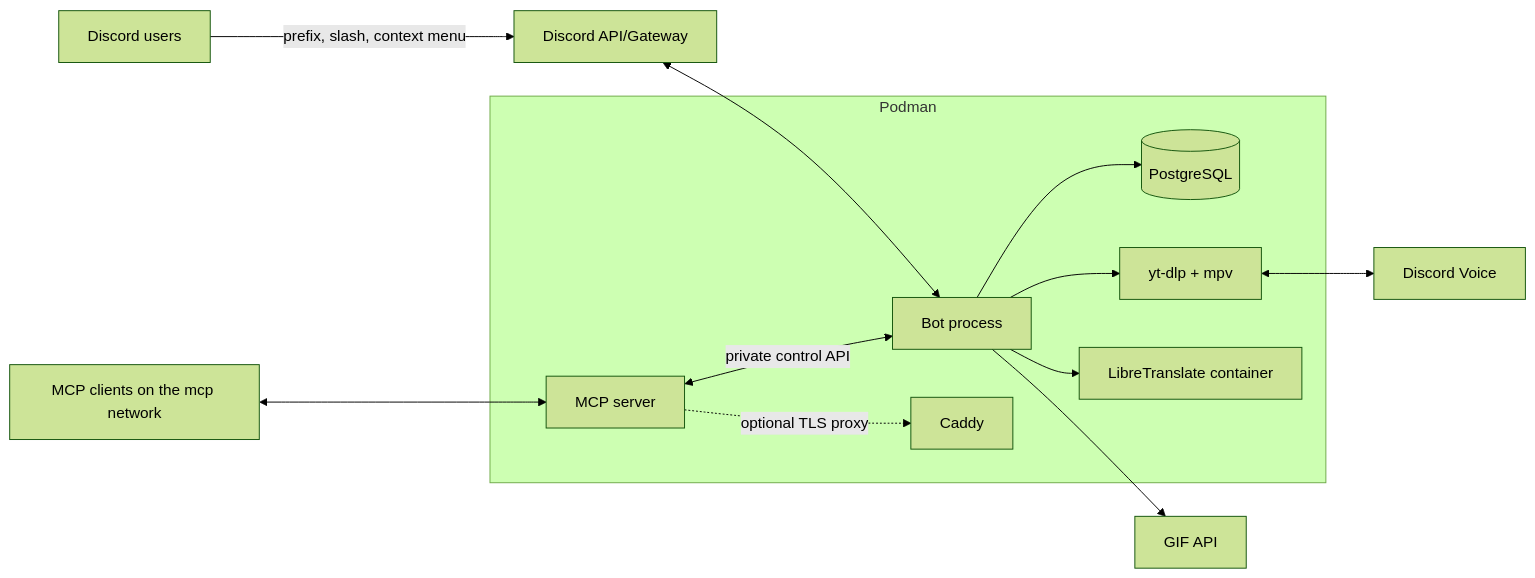
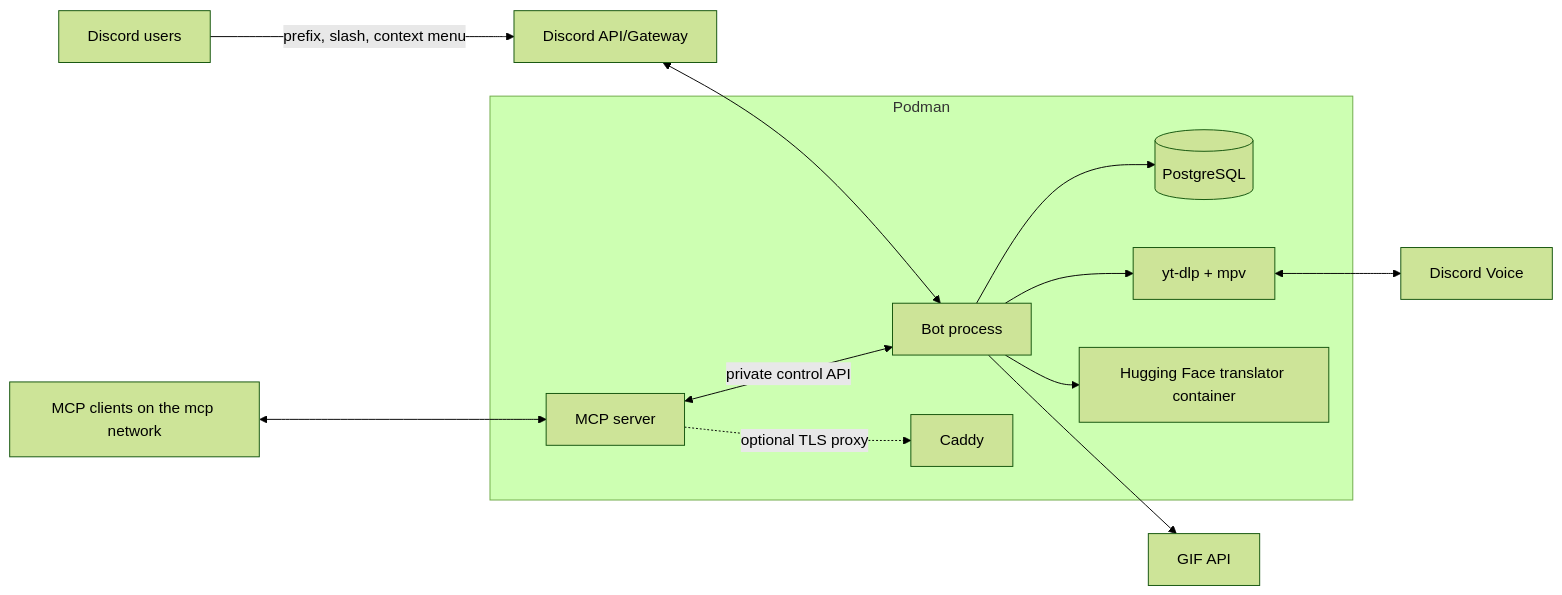
One commit to DeathSurfing/siela-bot changed the first of 2 diagrams in docs/PLAN.md. Above: the diagram before and after it, drawn with Mermaid (forest theme). The commit also changed other lines of this file and 3 other files, not shown here.

````diff
--- a/docs/PLAN.md
+++ b/docs/PLAN.md
@@ -189,21 +189,21 @@
 ```mermaid
 flowchart LR
   U[Discord users] -->|prefix, slash, context menu| D[Discord API/Gateway]
   D <--> B[Bot process]
   B --> DB[(PostgreSQL)]
   B --> L[yt-dlp + mpv]
   L <--> V[Discord Voice]
-  B --> T[LibreTranslate container]
+  B --> T[Hugging Face translator container]
   B --> G[GIF API]
   M[MCP clients on the mcp network] <--> MCP[MCP server]
   MCP <-->|private control API| B
   MCP -.->|optional TLS proxy| C[Caddy]
   subgraph Podman
     B
     DB
     L
     T
     MCP
     C
   end
 ```
````
